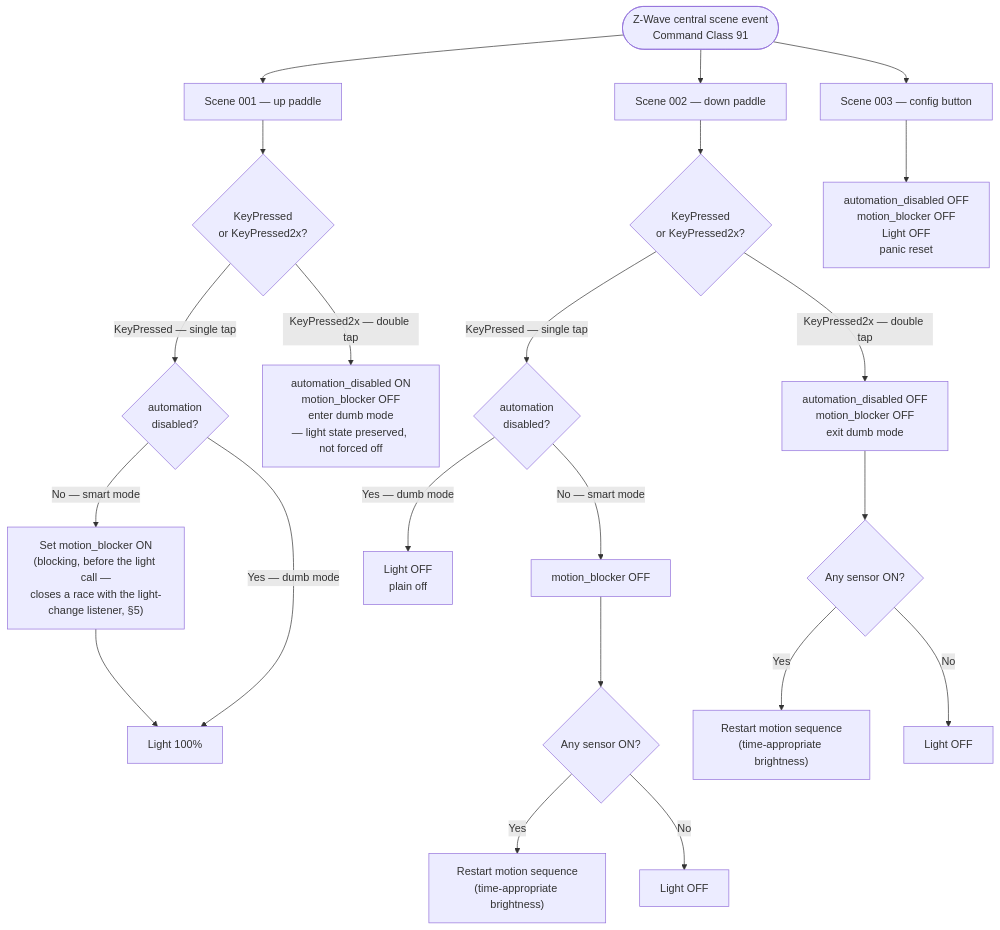
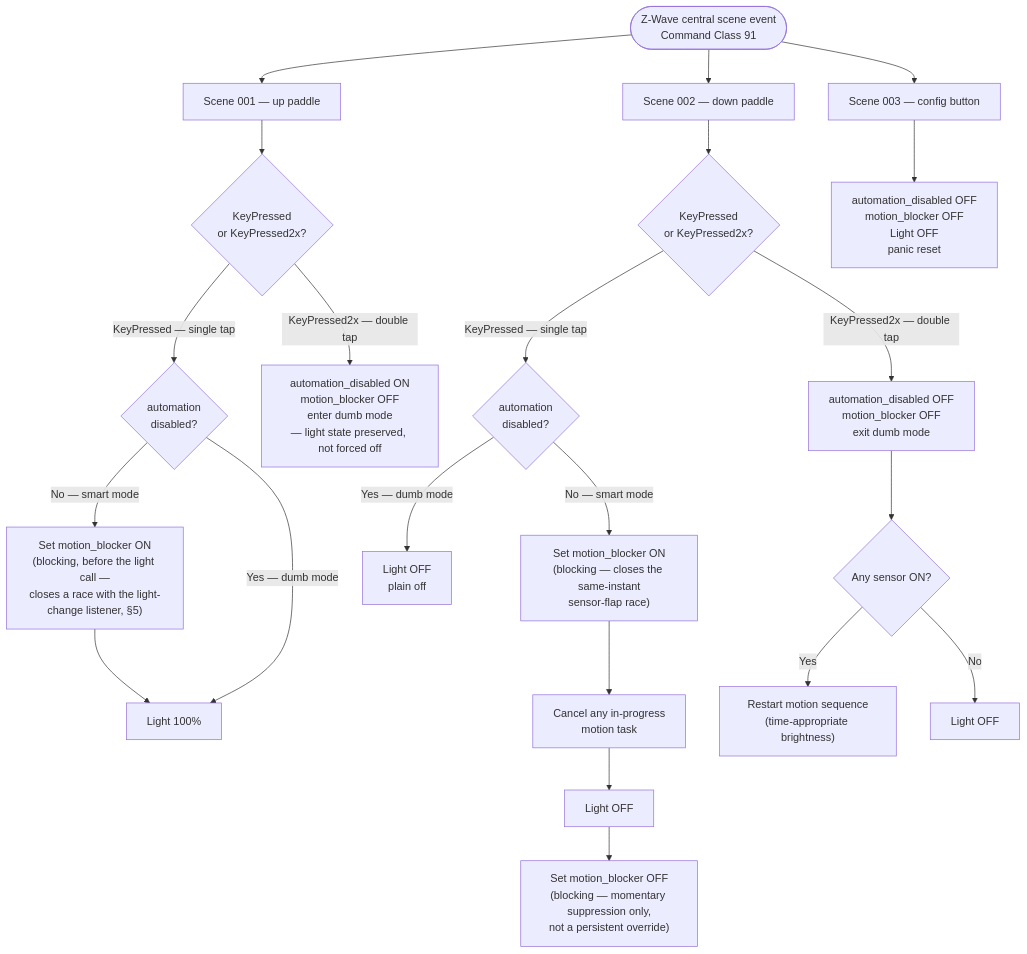
The third of 8 diagrams in docs/flow.md (RyTsYdUp/luminary-ha), drawn with Mermaid before and after one commit. The commit also changed other lines of this file and 2 other files, not shown here.

Commit message:
Document the single-tap-down latch bug and its fix
README, design-notes, and flow.md still described the 2026-08-01
single-tap-down behavior as a persistent override, which is what
caused the bug in the first place (2743b1f). Updates them to reflect
the corrected momentary-suppression behavior, and adds the same
before/after write-up style already used for the other production
incidents in this file.

````diff
--- a/docs/flow.md
+++ b/docs/flow.md
@@ -131,29 +131,29 @@
 ```mermaid
 flowchart TD
     EV(["Z-Wave central scene event\nCommand Class 91"])
 
     EV --> S1["Scene 001 — up paddle"]
     EV --> S2["Scene 002 — down paddle"]
     EV --> S3["Scene 003 — config button"]
 
     S1 --> V1{"KeyPressed\nor KeyPressed2x?"}
     V1 -- "KeyPressed — single tap" --> V1A{"automation\ndisabled?"}
     V1A -- "No — smart mode" --> V1B["Set motion_blocker ON\n(blocking, before the light call —\ncloses a race with the light-change listener, §5)"]
     V1B --> V1E["Light 100%"]
     V1A -- "Yes — dumb mode" --> V1E
     V1 -- "KeyPressed2x — double tap" --> V1D["automation_disabled ON\nmotion_blocker OFF\nenter dumb mode\n— light state preserved, not forced off"]
 
     S2 --> V2{"KeyPressed\nor KeyPressed2x?"}
     V2 -- "KeyPressed — single tap" --> V2A{"automation\ndisabled?"}
-    V2A -- "No — smart mode" --> V2B["motion_blocker OFF"]
-    V2B --> V2C{"Any sensor ON?"}
-    V2C -- Yes --> V2D["Restart motion sequence\n(time-appropriate brightness)"]
-    V2C -- No --> V2E["Light OFF"]
+    V2A -- "No — smart mode" --> V2B["Set motion_blocker ON\n(blocking — closes the same-instant\nsensor-flap race)"]
+    V2B --> V2C["Cancel any in-progress\nmotion task"]
+    V2C --> V2D["Light OFF"]
+    V2D --> V2E["Set motion_blocker OFF\n(blocking — momentary suppression only,\nnot a persistent override)"]
     V2A -- "Yes — dumb mode" --> V2F["Light OFF\nplain off"]
     V2 -- "KeyPressed2x — double tap" --> V2G["automation_disabled OFF\nmotion_blocker OFF\nexit dumb mode"]
     V2G --> V2H{"Any sensor ON?"}
     V2H -- Yes --> V2I["Restart motion sequence\n(time-appropriate brightness)"]
     V2H -- No --> V2J["Light OFF"]
 
     S3 --> V3["automation_disabled OFF\nmotion_blocker OFF\nLight OFF\npanic reset"]
 ```
````
